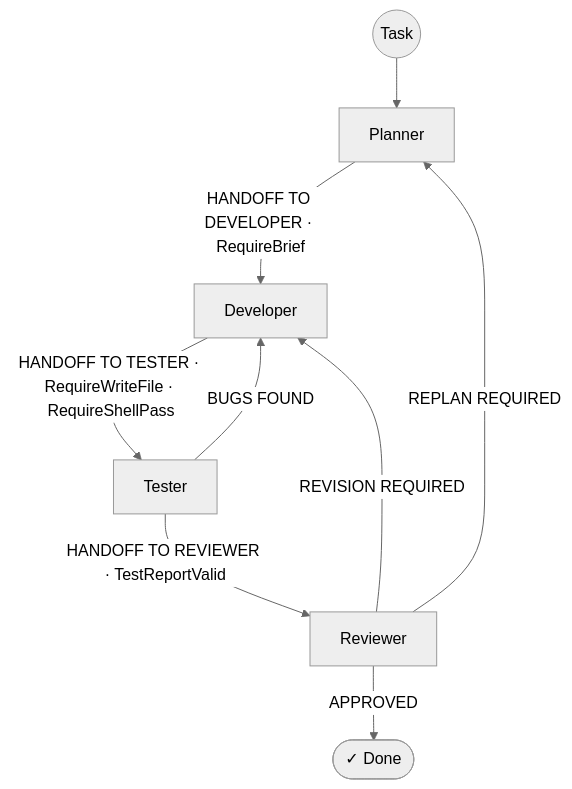
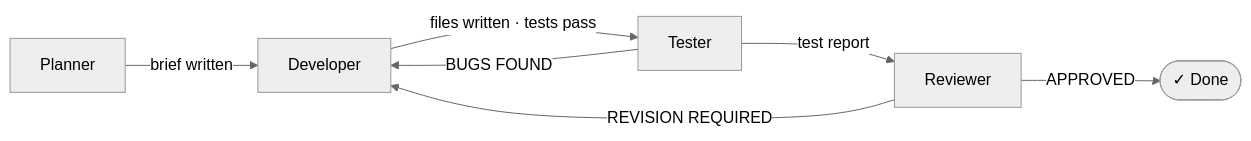
One commit to fuseraft/fuseraft-cli changed the diagram in README.md. Above: the diagram before and after it, drawn with Mermaid (neutral theme). The commit also changed other lines of this file and 1 other file, not shown here.

````diff
--- a/README.md
+++ b/README.md
@@ -201,18 +60,9 @@
 ```mermaid
-flowchart TD
-    Task((Task))
-    Planner[Planner]
-    Developer[Developer]
-    Tester[Tester]
-    Reviewer[Reviewer]
-    Done(["✓ Done"])
-
-    Task --> Planner
-    Planner      -->|"HANDOFF TO DEVELOPER · RequireBrief"| Developer
-    Developer    -->|"HANDOFF TO TESTER · RequireWriteFile · RequireShellPass"| Tester
-    Tester       -->|"HANDOFF TO REVIEWER · TestReportValid"| Reviewer
-    Reviewer     -->|"APPROVED"| Done
-    Reviewer     -->|"REVISION REQUIRED"| Developer
-    Reviewer     -->|"REPLAN REQUIRED"| Planner
-    Tester       -->|"BUGS FOUND"| Developer
+flowchart LR
+    Planner -->|"brief written"| Developer
+    Developer -->|"files written · tests pass"| Tester
+    Tester -->|"test report"| Reviewer
+    Reviewer -->|"REVISION REQUIRED"| Developer
+    Tester -->|"BUGS FOUND"| Developer
+    Reviewer -->|"APPROVED"| Done(["✓ Done"])
 ```
````
